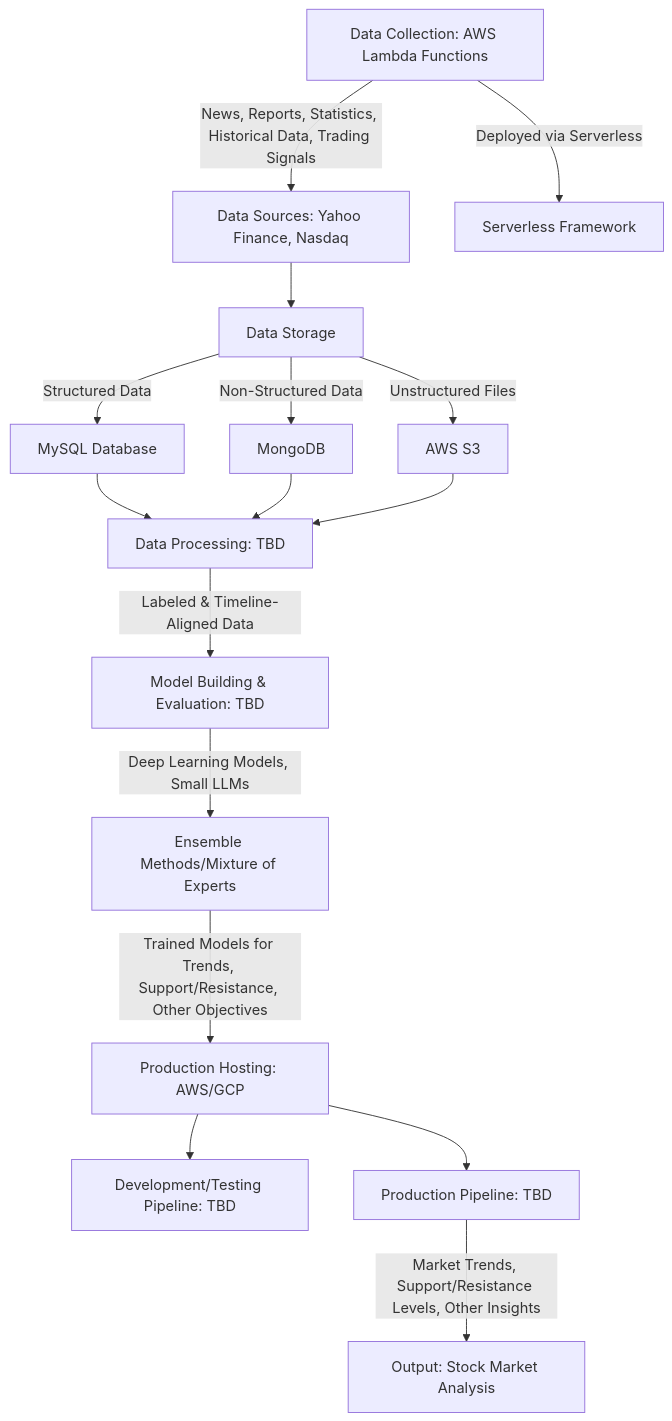
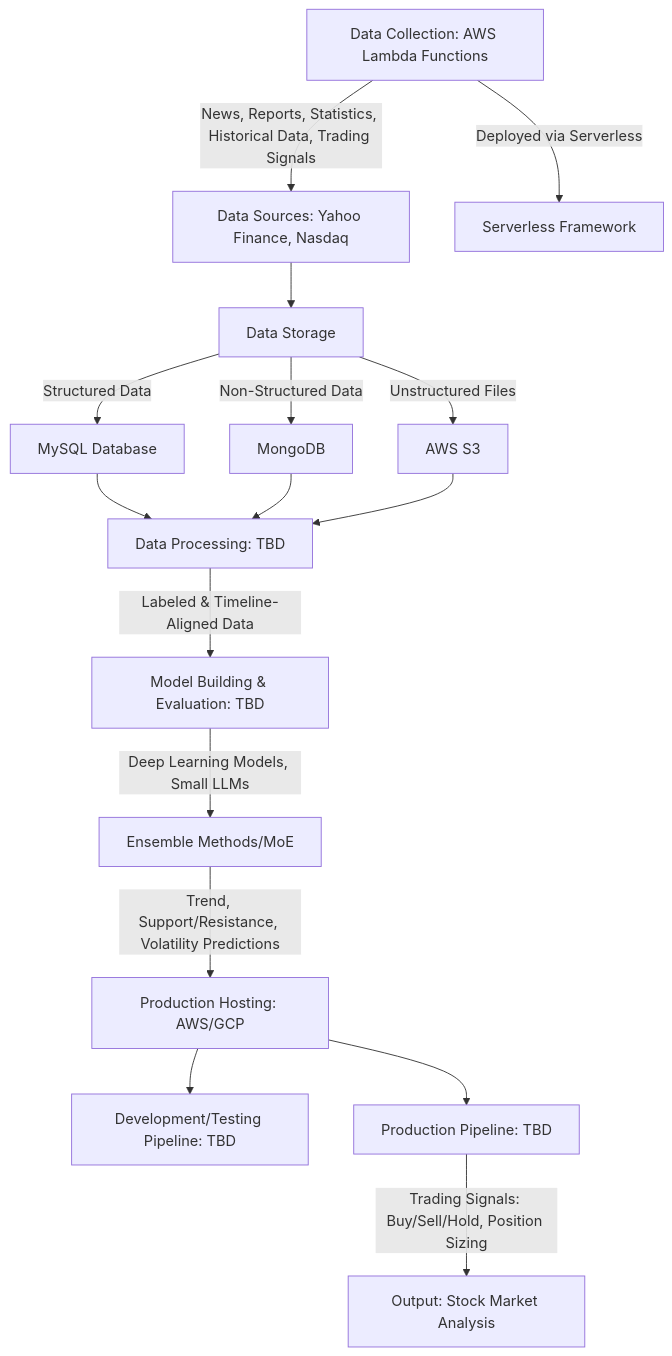
One commit to thomas-choi/Fin-Agents changed the third of 3 diagrams in README.md. Above: the diagram before and after it, drawn with Mermaid. The commit also changed other lines of this file and 3 other files, not shown here.

Commit message:
Revise READMD.md for details on Model Architecture

````diff
--- a/README.md
+++ b/README.md
@@ -44,18 +79,18 @@
 ```mermaid
 graph TD
     A[Data Collection: AWS Lambda Functions] -->|News, Reports, Statistics, Historical Data, Trading Signals| B[Data Sources: Yahoo Finance, Nasdaq]
     A -->|Deployed via Serverless| A1[Serverless Framework]
     B --> C[Data Storage]
     C -->|Structured Data| C1[MySQL Database]
     C -->|Non-Structured Data| C2[MongoDB]
     C -->|Unstructured Files| C3[AWS S3]
     C1 --> D[Data Processing: TBD]
     C2 --> D
     C3 --> D
     D -->|Labeled & Timeline-Aligned Data| E[Model Building & Evaluation: TBD]
-    E -->|Deep Learning Models, Small LLMs| F[Ensemble Methods/Mixture of Experts]
-    F -->|Trained Models for Trends, Support/Resistance, Other Objectives| G[Production Hosting: AWS/GCP]
+    E -->|Deep Learning Models, Small LLMs| F[Ensemble Methods/MoE]
+    F -->|Trend, Support/Resistance, Volatility Predictions| G[Production Hosting: AWS/GCP]
     G --> H[Development/Testing Pipeline: TBD]
     G --> I[Production Pipeline: TBD]
-    I -->|Market Trends, Support/Resistance Levels, Other Insights| J[Output: Stock Market Analysis]
+    I -->|Trading Signals: Buy/Sell/Hold, Position Sizing| J[Output: Stock Market Analysis]
 ```
````
